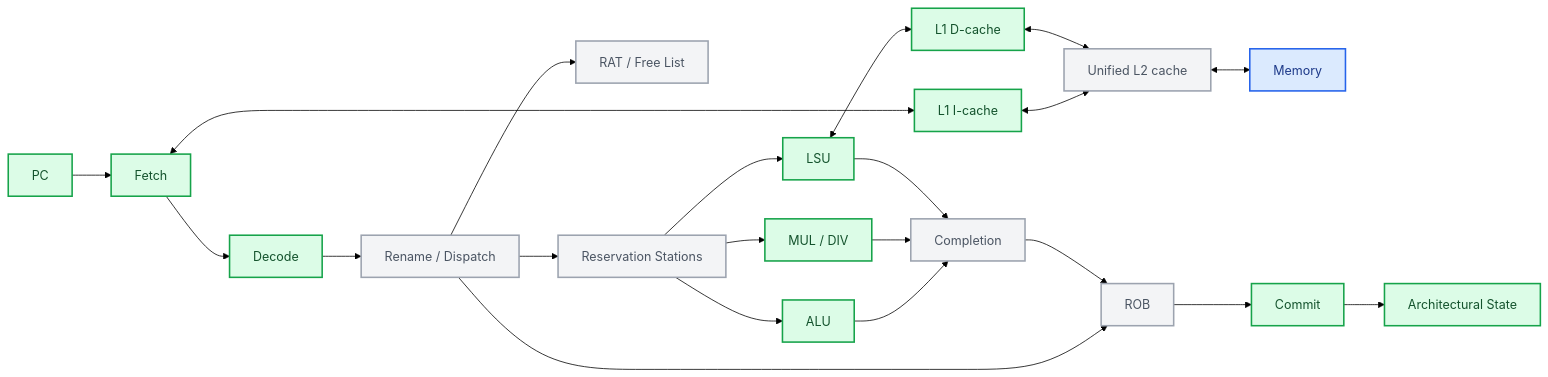
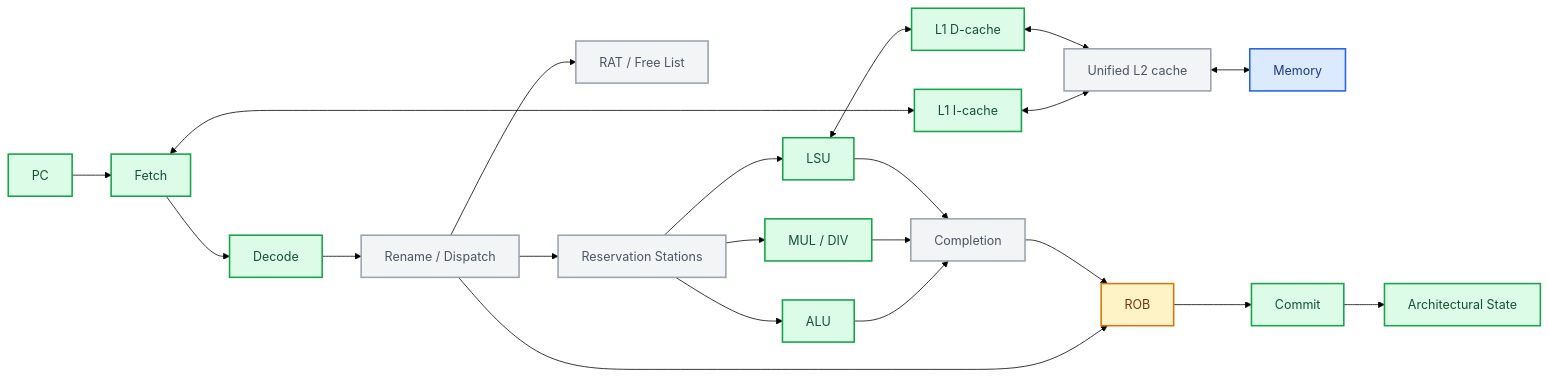
One commit to JustinYYZ/rv32im-research-core changed the first of 2 diagrams in README.md. Above: the diagram before and after it, drawn with Mermaid (forest theme). The commit also changed other lines of this file and 4 other files, not shown here.

````diff
--- a/README.md
+++ b/README.md
@@ -45,29 +45,31 @@
 ```mermaid
 flowchart LR
     PC --> FETCH[Fetch]
     FETCH <--> L1I["L1 I-cache"]
     L1I <--> L2["Unified L2 cache"]
     L2 <--> MEM[Memory]
     FETCH --> DECODE[Decode]
     DECODE --> RENAME["Rename / Dispatch"]
     RENAME --> RAT["RAT / Free List"]
     RENAME --> ROB[ROB]
     RENAME --> RS["Reservation Stations"]
     RS --> ALU[ALU]
     RS --> MULDIV["MUL / DIV"]
     RS --> LSU[LSU]
     LSU <--> L1D["L1 D-cache"]
     L1D <--> L2
     ALU --> COMPLETE[Completion]
     MULDIV --> COMPLETE
     LSU --> COMPLETE
     COMPLETE --> ROB
     ROB --> COMMIT[Commit]
     COMMIT --> ARF["Architectural State"]
     classDef implemented fill:#dcfce7,stroke:#16a34a,color:#14532d,stroke-width:2px
+    classDef partial fill:#fef3c7,stroke:#d97706,color:#78350f,stroke-width:2px
     classDef planned fill:#f3f4f6,stroke:#9ca3af,color:#4b5563,stroke-width:2px
     classDef external fill:#dbeafe,stroke:#2563eb,color:#1e3a8a,stroke-width:2px
     class PC,FETCH,L1I,L1D,DECODE,ALU,MULDIV,LSU,COMMIT,ARF implemented
-    class L2,RENAME,RAT,ROB,RS,COMPLETE planned
+    class ROB partial
+    class L2,RENAME,RAT,RS,COMPLETE planned
     class MEM external
 ```
````
